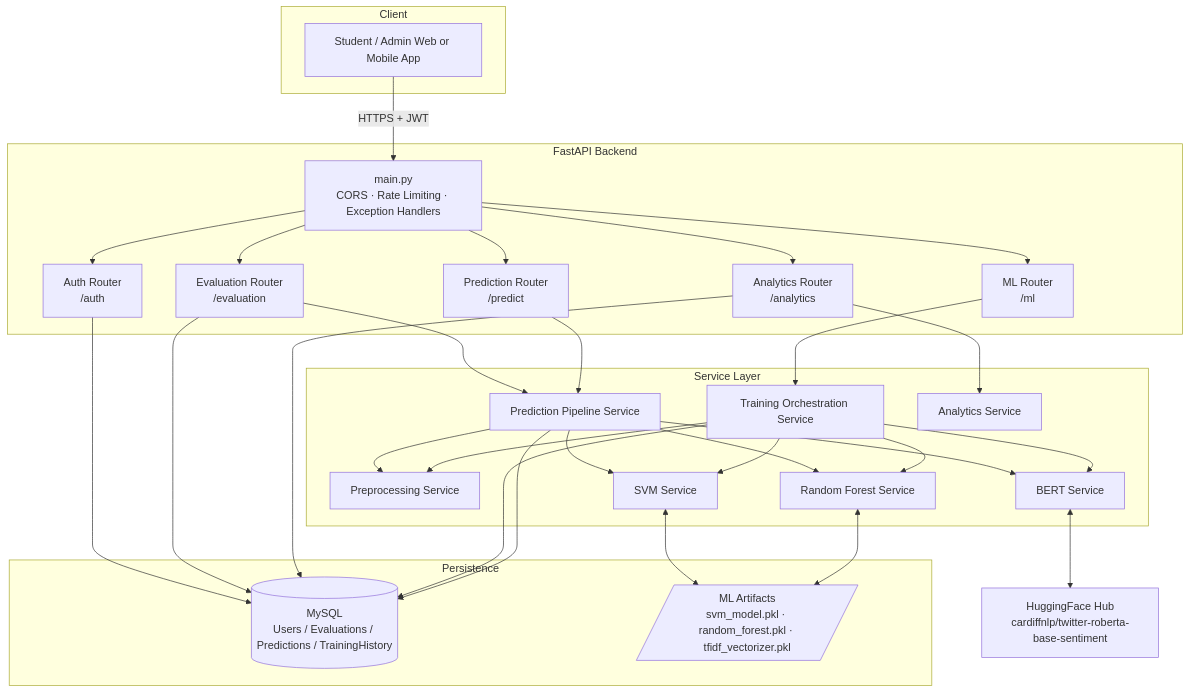
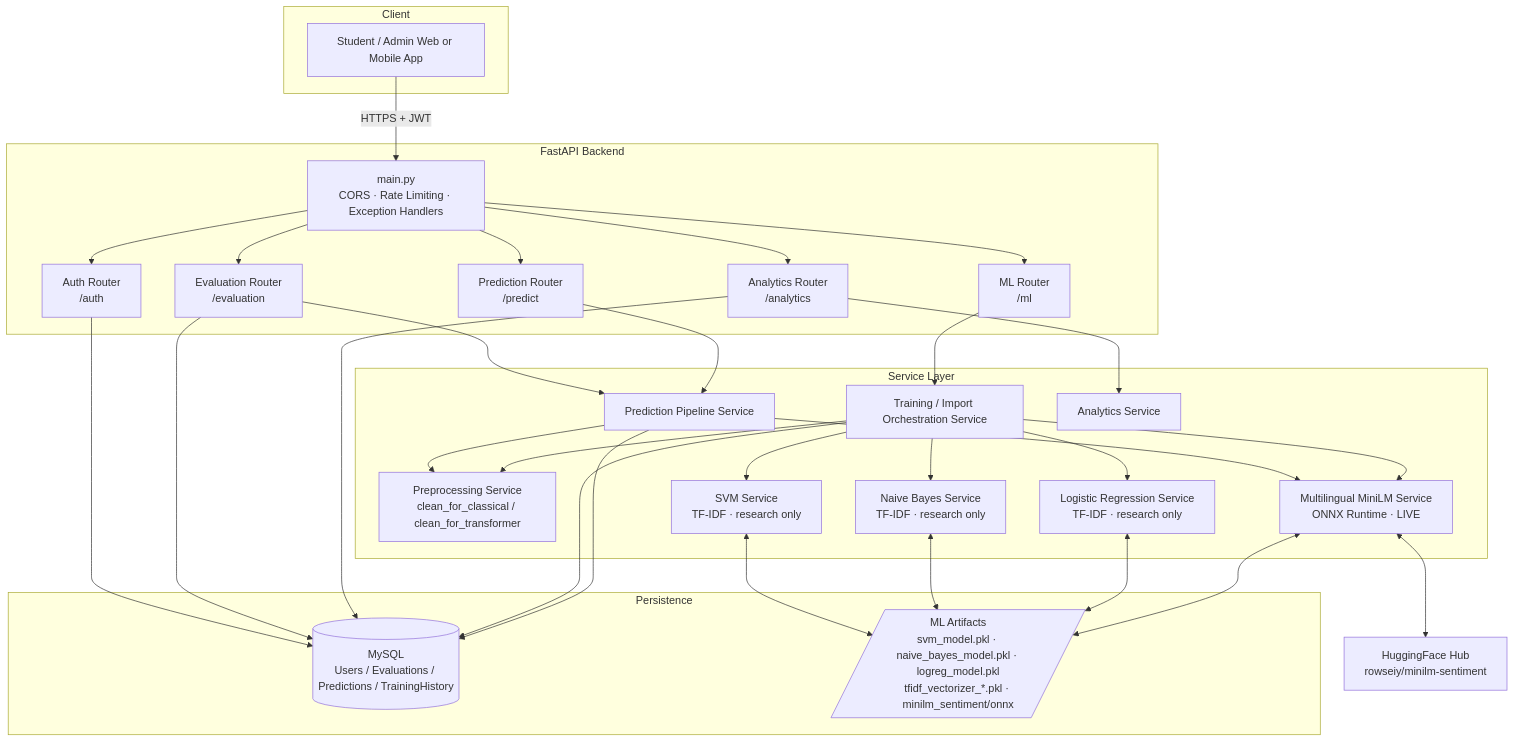
The second of 4 diagrams in backend/docs/DIAGRAMS.md (rowseiyyyy/Student-Sentiment-Analysis-System), drawn with Mermaid before and after one commit. The commit also changed other lines of this file and 6 other files, not shown here.

````diff
--- a/backend/docs/DIAGRAMS.md
+++ b/backend/docs/DIAGRAMS.md
@@ -82,58 +82,60 @@
 ```mermaid
 flowchart TB
     subgraph Client
         A[Student / Admin Web or Mobile App]
     end
 
     subgraph API["FastAPI Backend"]
         B[main.py<br/>CORS · Rate Limiting · Exception Handlers]
         C[Auth Router<br/>/auth]
         D[Evaluation Router<br/>/evaluation]
         E[Prediction Router<br/>/predict]
         F[Analytics Router<br/>/analytics]
         G[ML Router<br/>/ml]
     end
 
     subgraph Services["Service Layer"]
-        H[Preprocessing Service]
-        I[SVM Service]
-        J[Random Forest Service]
-        K[BERT Service]
-        L[Training Orchestration Service]
+        H[Preprocessing Service<br/>clean_for_classical / clean_for_transformer]
+        I[SVM Service<br/>TF-IDF · research only]
+        J[Naive Bayes Service<br/>TF-IDF · research only]
+        K[Logistic Regression Service<br/>TF-IDF · research only]
+        R[Multilingual MiniLM Service<br/>ONNX Runtime · LIVE]
+        L[Training / Import Orchestration Service]
         M[Prediction Pipeline Service]
         N[Analytics Service]
     end
 
     subgraph Data["Persistence"]
         O[(MySQL<br/>Users / Evaluations / Predictions / TrainingHistory)]
-        P[/ML Artifacts<br/>svm_model.pkl · random_forest.pkl · tfidf_vectorizer.pkl/]
+        P[/ML Artifacts<br/>svm_model.pkl · naive_bayes_model.pkl · logreg_model.pkl<br/>tfidf_vectorizer_*.pkl · minilm_sentiment/onnx/]
     end
 
-    Q[HuggingFace Hub<br/>cardiffnlp/twitter-roberta-base-sentiment]
+    Q[HuggingFace Hub<br/>rowseiy/minilm-sentiment]
 
     A -->|HTTPS + JWT| B
     B --> C & D & E & F & G
 
     D --> M
     E --> M
     M --> H
-    M --> I
-    M --> J
-    M --> K
+    M --> R
     G --> L
     L --> H
     L --> I
     L --> J
     L --> K
+    L --> R
     F --> N
 
     I <--> P
     J <--> P
-    K <--> Q
+    K <--> P
+    R <--> P
+    R <--> Q
 
     C --> O
     D --> O
     F --> O
     L --> O
     M --> O
 ```
````
